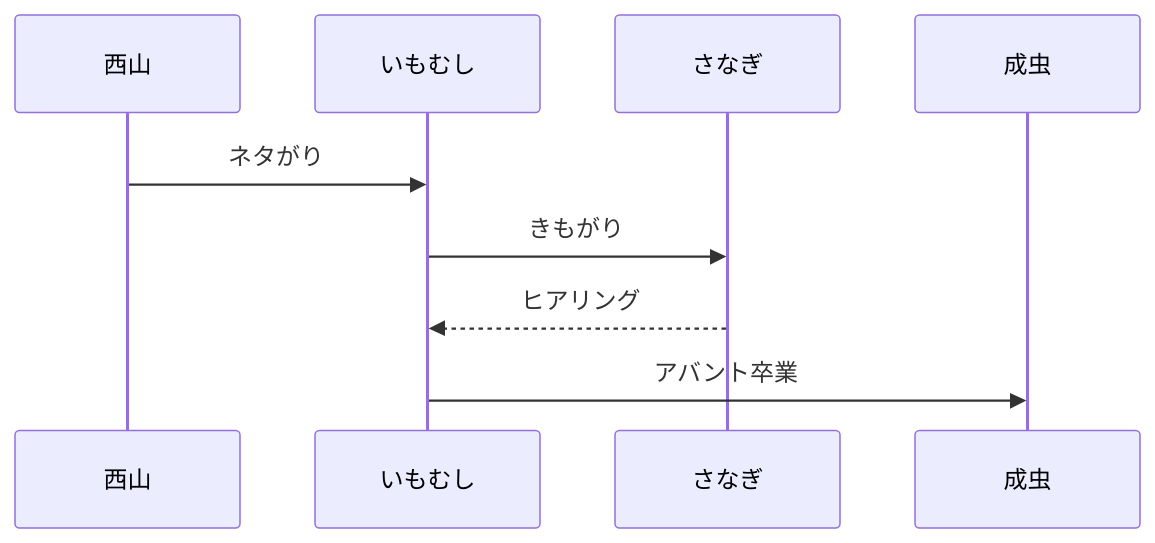
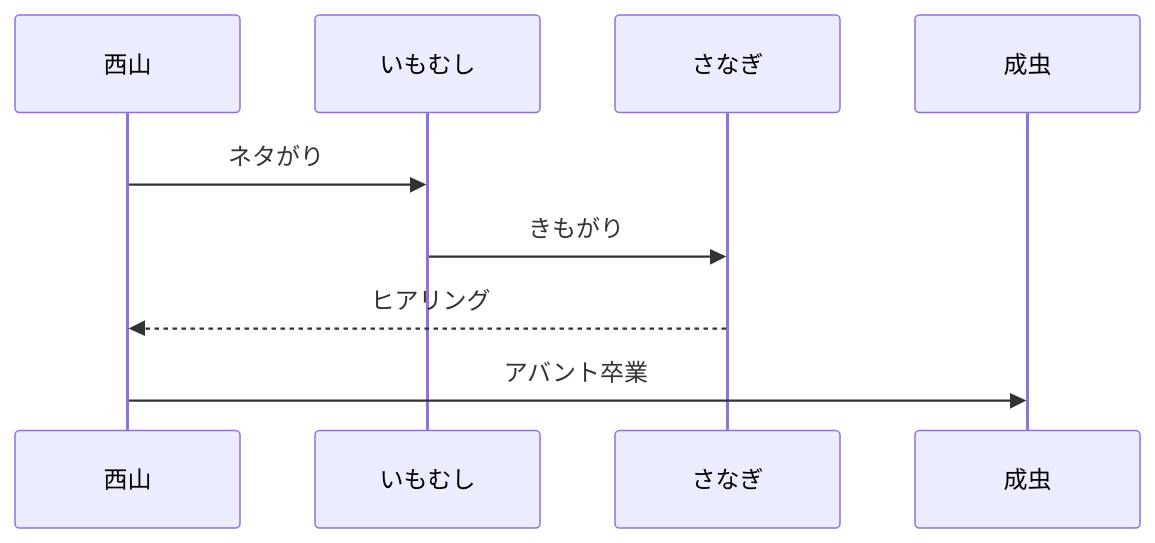
One commit to Aoi-Yaegashi/teamF changed the second of 2 diagrams in 詳細設計/担当B_村田/西山.md. Above: the diagram before and after it, drawn with Mermaid.

Commit message:
あ

```diff
--- a/詳細設計/担当B_村田/西山.md
+++ b/詳細設計/担当B_村田/西山.md
@@ -23,8 +23,8 @@
 <div class="mermaid">
 sequenceDiagram
 
    西山 ->>いもむし: ネタがり
    いもむし ->>さなぎ: きもがり
-   さなぎ -->> いもむし: ヒアリング
-   いもむし ->> 成虫: アバント卒業
+   さなぎ -->> 西山: ヒアリング
+   西山 ->> 成虫: アバント卒業
 </div>
```
